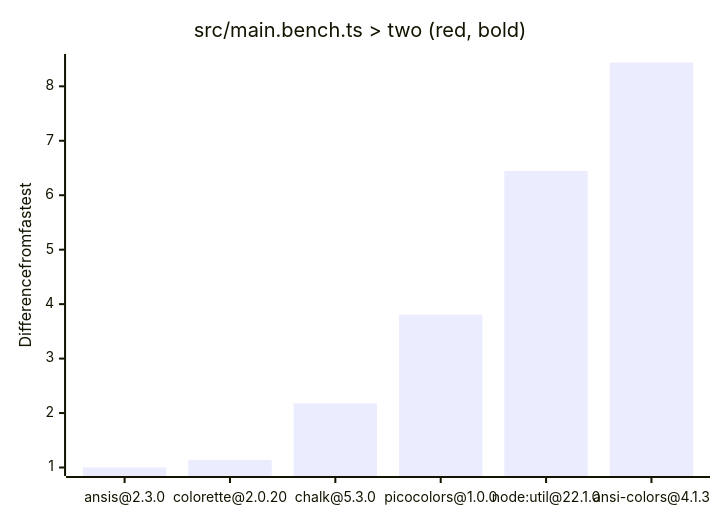
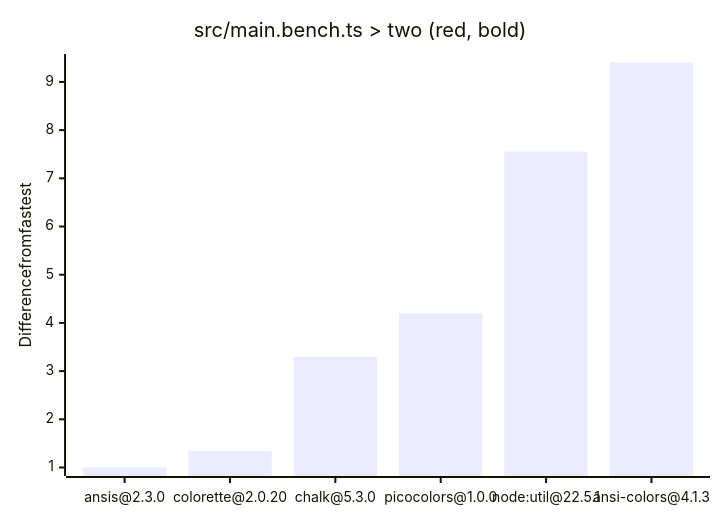
Before and after one commit to beeequeue/node-cli-colors-benchmark: the second of 4 diagrams in README.md, drawn with Mermaid. The commit also changed other lines of this file, not shown here.

Commit message:
Update graphs

````diff
--- a/README.md
+++ b/README.md
@@ -25,7 +25,7 @@
 ```mermaid
 xychart-beta
   title "src/main.bench.ts > two (red, bold)"
-  x-axis ["ansis@2.3.0", "colorette@2.0.20", "chalk@5.3.0", "picocolors@1.0.0", "node:util@22.1.0", "ansi-colors@4.1.3"]
+  x-axis ["ansis@2.3.0", "colorette@2.0.20", "chalk@5.3.0", "picocolors@1.0.0", "node:util@22.5.1", "ansi-colors@4.1.3"]
   y-axis Difference from fastest
-  bar [1.0000, 1.1394, 2.1772, 3.8057, 6.4463, 8.4372]
+  bar [1.0000, 1.3401, 3.2930, 4.1972, 7.5553, 9.4031]
 ```
````
